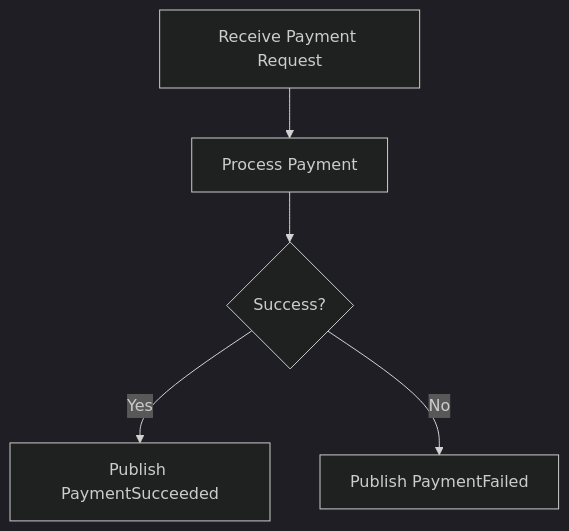
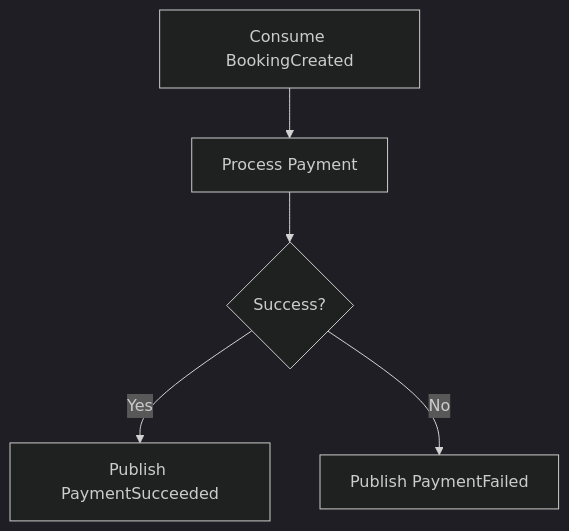
Before and after one commit to bangit14/WebBanHang-Project: the fourth of 6 diagrams in analysis-and-design-ddd.md, drawn with Mermaid (dark theme). The commit also changed other lines of this file, not shown here.

````diff
--- a/analysis-and-design-ddd.md
+++ b/analysis-and-design-ddd.md
@@ -158,7 +193,7 @@
 ```mermaid
 flowchart TD
-    A[Receive Payment Request] --> B[Process Payment]
+    A[Consume BookingCreated] --> B[Process Payment]
     B --> C{Success?}
     C -->|Yes| D[Publish PaymentSucceeded]
     C -->|No| E[Publish PaymentFailed]
 ```
````
